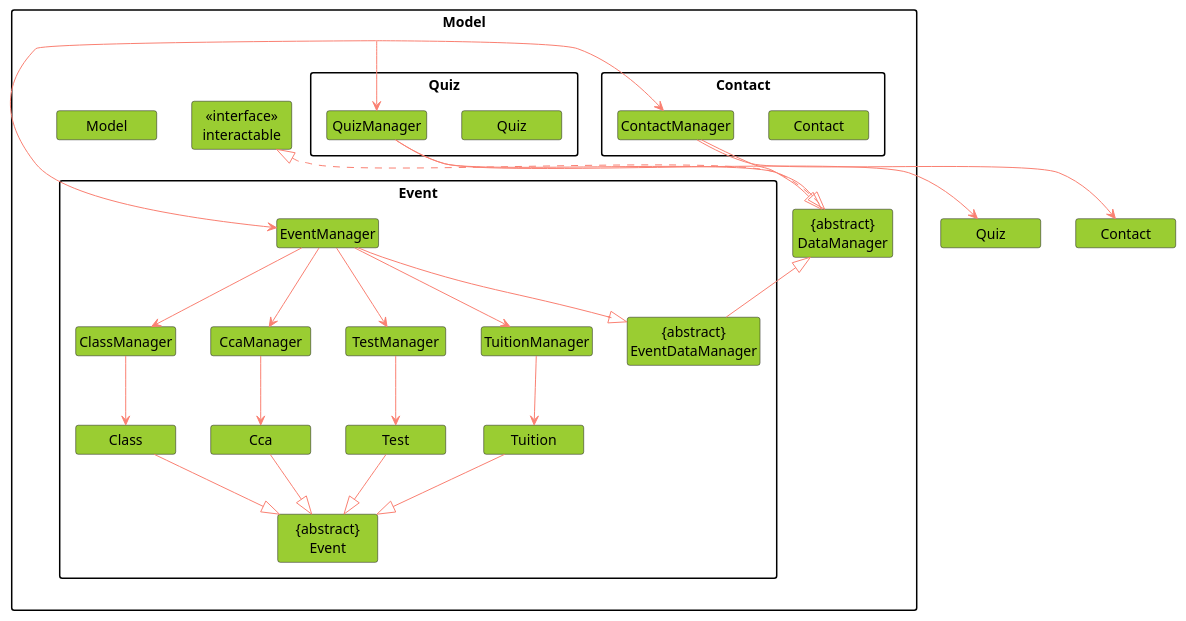
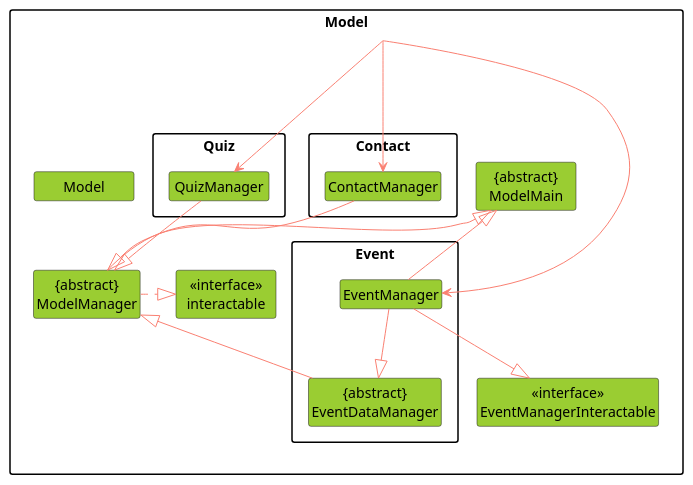
Before and after one commit to untitle4/tp: the diagram in docs/diagram/ModelComponent.puml, drawn with PlantUML. The commit also changed 12 other files, not shown here.

Commit message:
Update uml diagrams to support colors

```diff
--- a/docs/diagram/ModelComponent.puml
+++ b/docs/diagram/ModelComponent.puml
@@ -1,68 +1,73 @@
 @startuml
 
 skinparam Shadowing false
 skinparam MinClassWidth 100
 skinparam classBackgroundColor YellowGreen
 skinparam packageStyle rectangle
 skinparam ArrowColor Salmon
 hide circle
 hide members
 
 package Model {
 
-    class "{abstract}\nDataManager"
+    class "{abstract}\nModelMain"
+    class "{abstract}\nModelManager"
 
     class "<<interface>>\ninteractable"
+    class "<<interface>>\nEventManagerInteractable"
 
     class Model
 
     Package Quiz {
-        class Quiz
+'        class Quiz
         class QuizManager
     }
 
     Package Event {
-        class "{abstract}\nEvent"
+'        class "{abstract}\nEvent"
         class EventManager
-        class ClassManager
-        class Class
-        class CcaManager
-        class Cca
-        class TestManager
-        class Test
-        class TuitionManager
-        class Tuition
+'        class ClassManager
+'        class Class
+'        class CcaManager
+'        class Cca
+'        class TestManager
+'        class Test
+'        class TuitionManager
+'        class Tuition
         class "{abstract}\nEventDataManager"
     }
 
     Package Contact {
-        class Contact
+'        class Contact
         class ContactManager
     }
 }
 
-"{abstract}\nDataManager" .up.|> "<<interface>>\ninteractable"
-"{abstract}\nEventDataManager" -up-|> "{abstract}\nDataManager"
+"{abstract}\nModelManager" -up-|> "{abstract}\nModelMain"
+EventManager -up-|> "{abstract}\nModelMain"
+"{abstract}\nModelManager" .right.|> "<<interface>>\ninteractable"
+"{abstract}\nEventDataManager" -up-|> "{abstract}\nModelManager"
 
-Model --> ContactManager
-Model --> EventManager
-Model --> QuizManager
-QuizManager --> Quiz
-ContactManager --> Contact
-EventManager --> ClassManager
-EventManager --> CcaManager
-EventManager --> TestManager
-EventManager --> TuitionManager
-ClassManager --> Class
-CcaManager --> Cca
-TestManager --> Test
-TuitionManager --> Tuition
-Class --|> "{abstract}\nEvent"
-Cca --|> "{abstract}\nEvent"
-Test --|> "{abstract}\nEvent"
-Tuition --|> "{abstract}\nEvent"
-ContactManager --|> "{abstract}\nDataManager"
-QuizManager --|> "{abstract}\nDataManager"
+Model ---> ContactManager
+Model ---> EventManager
+Model ---> QuizManager
+'QuizManager --> Quiz
+'ContactManager --> Contact
+'EventManager --> ClassManager
+'EventManager --> CcaManager
+'EventManager --> TestManager
+'EventManager --> TuitionManager
+'ClassManager --> Class
+'CcaManager --> Cca
+'TestManager --> Test
+'TuitionManager --> Tuition
+'Class --|> "{abstract}\nEvent"
+'Cca --|> "{abstract}\nEvent"
+'Test --|> "{abstract}\nEvent"
+'Tuition --|> "{abstract}\nEvent"
+ContactManager --|> "{abstract}\nModelManager"
+QuizManager --|> "{abstract}\nModelManager"
 EventManager --|> "{abstract}\nEventDataManager"
+EventManager --|> "<<interface>>\nEventManagerInteractable"
 
 @enduml
```
